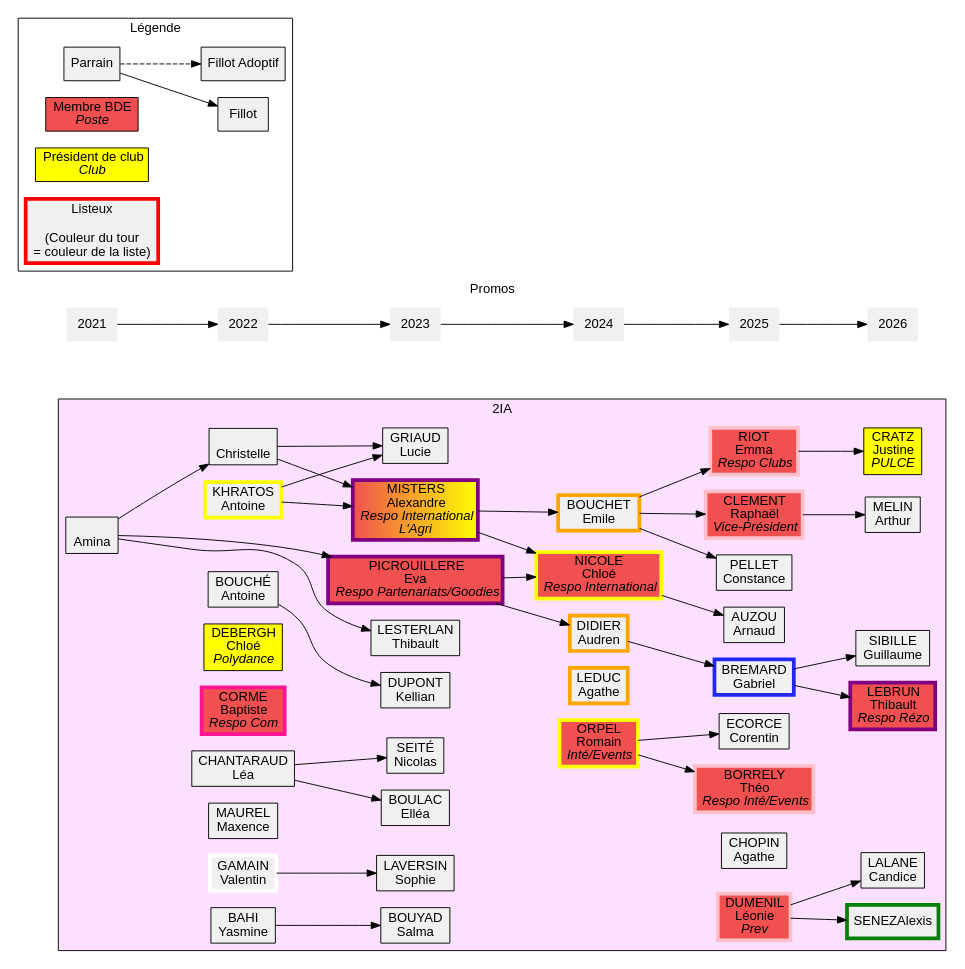
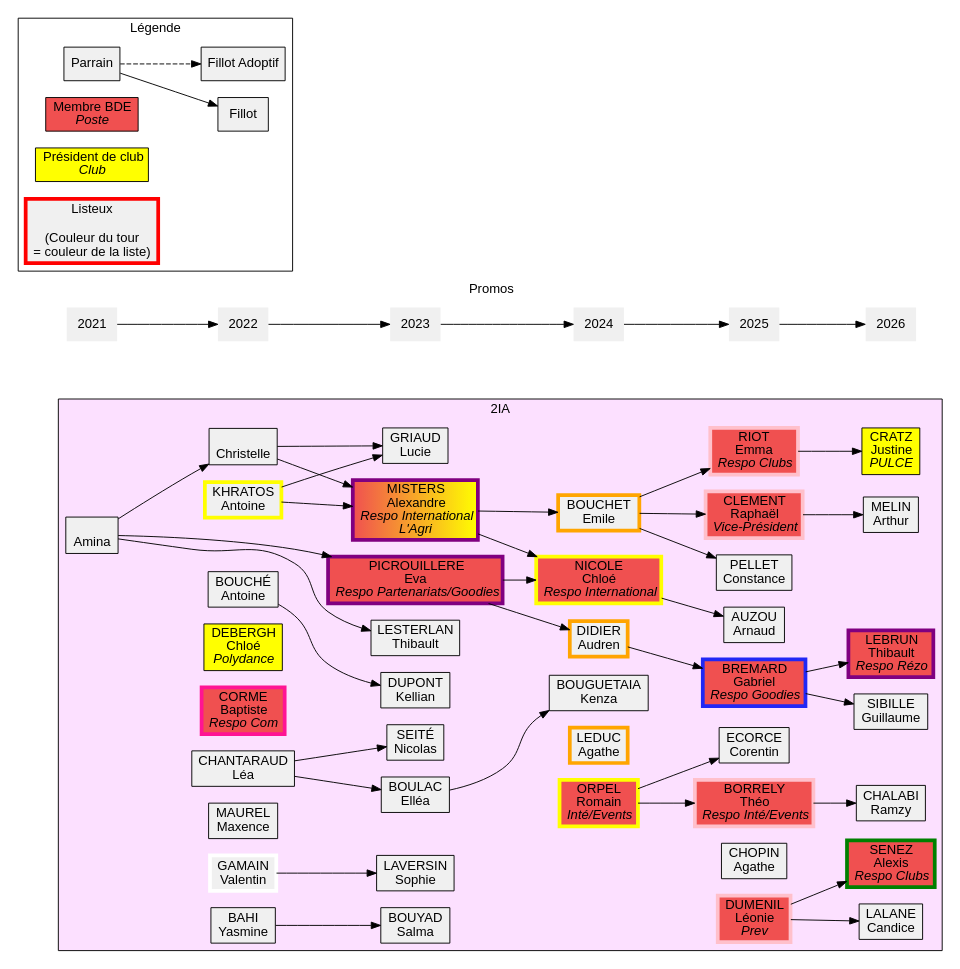
Before and after one commit to Scruchet/poly_gen: the diagram in 2ia.dot, drawn with Graphviz. The commit also changed 7 other files, not shown here.

```diff
--- a/2ia.dot
+++ b/2ia.dot
@@ -1,143 +1,149 @@
 digraph iia {
 	graph [
 		charset = "UTF-8";
 		style = filled;
 		fontname = "Arial";
 	];
 
 	node [
 		shape = box;
 		style = filled;
 		fillcolor = "#f0f0f0";
 		fontname = "Arial";
 	];
 
 	rankdir = LR;
 
 	subgraph cluster_promos {
 		label = "Promos";
 		penwidth = 0;
 		color = none;
 		node [shape = none];
 
 		"2021" -> "2022" -> "2023" -> "2024" -> "2025" -> "2026";
 	}
     	subgraph cluster_legende {
 		label = "Légende";
 		fillcolor = none;
 
 		leg_parrain	[label = "Parrain"];
 		leg_fillot	[label = "Fillot"];
 		leg_fillotadop	[label = "Fillot Adoptif"];
 		leg_BDE		[label = <Membre BDE<BR/><I>Poste</I>> fillcolor="#f05050"];
 		leg_prez	[label = <Président de club<BR/><I>Club</I>> fillcolor="yellow"];
 		leg_listeux	[label = "Listeux\n\n(Couleur du tour\n = couleur de la liste)" penwidth=4 color="red"];
 
 		leg_parrain -> leg_fillot;
 		leg_parrain -> leg_fillotadop [style = "dashed"];
 	}
 	
 	subgraph cluster_2IA {
 		label = "2IA";
 		fillcolor = "#FCE0FF";
 
 		{ rank="same";
 			amina		[label = "\nAmina"];
 		}
 
 		{ rank="same";
 			antoinebouch	[label = "BOUCHÉ\nAntoine"];
 			antoinekhra	[label = "KHRATOS\nAntoine" penwidth=4 color="yellow"];
 			chloedeb	[label = <DEBERGH<BR/>Chloé<BR/><I>Polydance</I>> fillcolor="yellow"];
 			christelle	[label = "\nChristelle"];
 			joker		[label = <CORME<BR/>Baptiste<BR/><I>Respo Com</I>> fillcolor="#f05050" penwidth=4 color="deeppink"];
 			leachantar	[label = "CHANTARAUD\nLéa"];
 			maxencemor	[label = "MAUREL\nMaxence"];
 			valentingam	[label = "GAMAIN\nValentin" penwidth=4 color="white"];
 			yasminebahi	[label = "BAHI\nYasmine"];
 		}
 		amina -> christelle;
 
 
 		{ rank="same";
 			evapicrou	[label = <PICROUILLERE<BR/>Eva<BR/><I>Respo Partenariats/Goodies</I>> fillcolor="#f05050" penwidth=4 color="purple"];
 			
 			
 			kelliandup	[label = "DUPONT\nKellian"];
 			luciegria	[label = "GRIAUD\nLucie"];
 			nicolatseite	[label = "SEITÉ\nNicolas"];
 			elboulac	[label = "BOULAC\nElléa"];
 			salmabouyad	[label = "BOUYAD\nSalma"];
 			smitty		[label = <MISTERS<BR/>Alexandre<BR/><I>Respo International<BR/>L'Agri</I>> fillcolor="#f05050:yellow" penwidth=4 color="purple"];
 			sophielaver	[label = "LAVERSIN\nSophie"];
 			thibaultleste	[label = "LESTERLAN\nThibault"];
 
 			//portalSE	[label = " \nSE\n " shape="ellipse" penwidth=6 color="orange" fillcolor="#FFE0E0"];
 		}
 		amina -> evapicrou;
 		amina -> thibaultleste;
 		antoinebouch -> kelliandup;
 		antoinekhra -> luciegria;
 		antoinekhra -> smitty;
 		christelle -> luciegria;
 		christelle -> smitty;
 		leachantar -> nicolatseite;
 		leachantar -> elboulac;
 		valentingam -> sophielaver;
 		yasminebahi -> salmabouyad;
 
 		{ rank="same";
 			chloenico	[label = <NICOLE<BR/>Chloé<BR/><I>Respo International</I>> fillcolor="#f05050" penwidth=4 color="yellow"];
 			didieraud	[label = "DIDIER\nAudren" penwidth=4 color="orange"];
 			emilebct	[label = "BOUCHET \nEmile" penwidth=4 color="orange"];
 			agatleduc	[label = "LEDUC\nAgathe" penwidth=4 color="orange"];
 			romainorp	[label = <ORPEL<BR/>Romain<BR/><I>Inté/Events</I>> fillcolor="#f05050" penwidth=4 color="yellow"];
+			kbouguetaia [label="BOUGUETAIA\nKenza"];
+
 		}
+		elboulac -> kbouguetaia;
 		evapicrou -> chloenico;
 		evapicrou -> didieraud;
 		smitty -> chloenico;
 		smitty -> emilebct;
 		
 		{ rank="same";
 			arnaudauz  [label = "AUZOU\nArnaud"];
 			constancep [label = "PELLET\nConstance"];
 			agathechop [label = "CHOPIN\nAgathe"];
 			raphaelcle [label = <CLEMENT<BR/>Raphaël<BR/><I>Vice-Président</I>> fillcolor="#f05050" penwidth=4 color="pink"];
 			emmariot   [label = <RIOT<BR/>Emma<BR/><I>Respo Clubs</I>> fillcolor="#f05050" penwidth=4 color="pink"];
 			ldumenil   [label = <DUMENIL<BR/>Léonie<BR/><I>Prev</I>> fillcolor="#f05050" penwidth=4 color="pink"];
 			corentinec [label = "ECORCE\nCorentin"];
 			theoborel  [label = <BORRELY<BR/>Théo<BR/><I>Respo Inté/Events</I>> fillcolor="#f05050" penwidth=4 color="pink"]; 
-			gabrielbr  [label = "BREMARD\nGabriel" penwidth=4 color="#2128f5"];
+			gabrielbr  [label = <BREMARD<BR/>Gabriel<BR/><I>Respo Goodies</I>> fillcolor="#f05050" penwidth=4 color="#2128f5"];
 		}
 		romainorp -> corentinec;
 		romainorp -> theoborel;
 		emilebct -> constancep;
 		emilebct -> raphaelcle;
 		emilebct -> emmariot;
 		chloenico->arnaudauz;
 		didieraud -> gabrielbr;
 
 
 		{ rank="same";
 			amelin 		[label = "MELIN\nArthur"];
-			asenez 		[label = "SENEZ\Alexis" penwidth=4 color="green"];
+			rchalabi    [label = "CHALABI\nRamzy"];
+			asenez 		[label = <SENEZ<BR/>Alexis<BR/><I>Respo Clubs</I>> fillcolor="#f05050" penwidth=4 color="green"];
 			tlebrun 	[label = <LEBRUN<BR/>Thibault<BR/><I>Respo Rézo</I>> fillcolor="#f05050" penwidth=4 color="purple"];
 			jcratz		[label =<CRATZ<BR/>Justine<BR/><I>PULCE</I>> fillcolor="yellow"];
-			clalance	 [label = "LALANE\nCandice"];
+			clalance	[label = "LALANE\nCandice"];
 			gsibille 	[label = "SIBILLE\nGuillaume"];
+
 		}
+			theoborel ->rchalabi
 			raphaelcle->amelin;
 			ldumenil->asenez;
 			ldumenil->clalance;
 			gabrielbr->tlebrun;
 			gabrielbr->gsibille;
 			emmariot->jcratz;
 		
 		//portalSE -> romainorp [style=dashed penwidth=2 color="#f05050"];
 	}
 
 	endnode [style=invis];
 
 	romainorp -> endnode [style=invis];
 	"2024" -> endnode [style=invis];
 }
```
